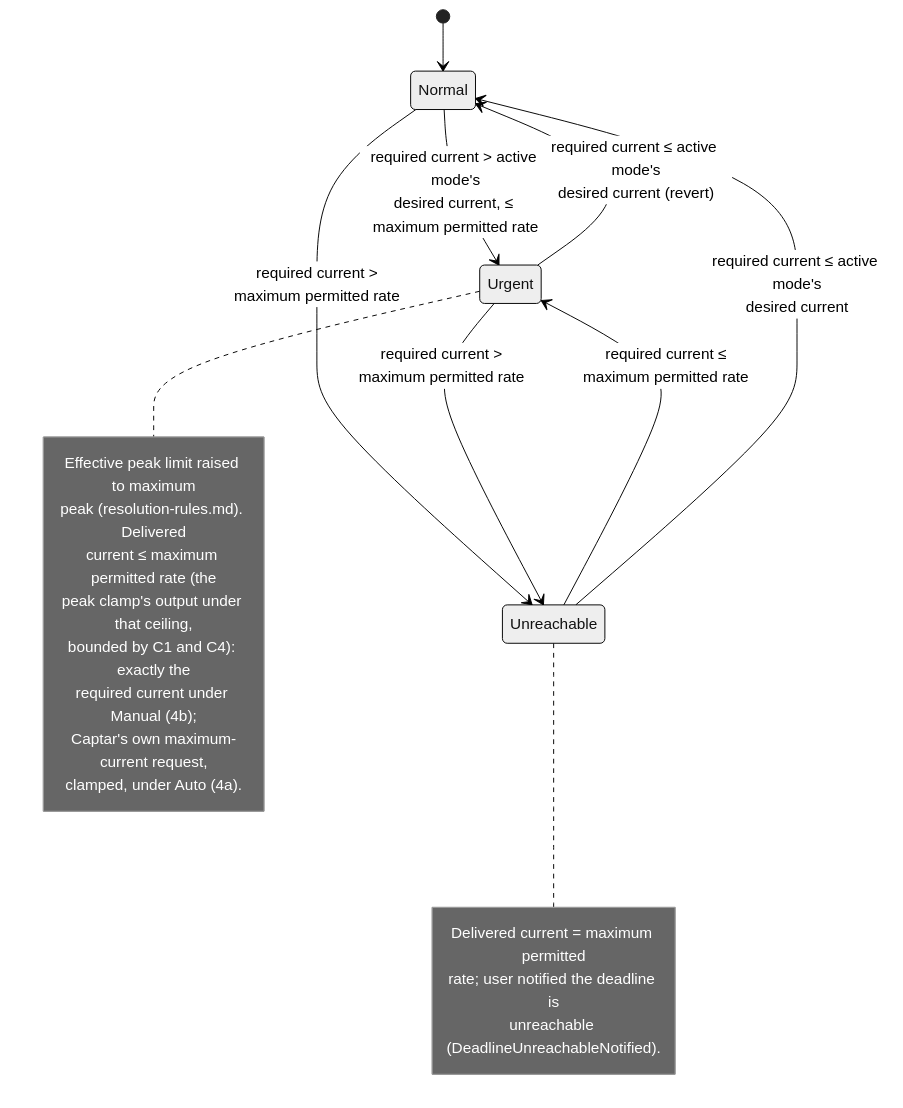
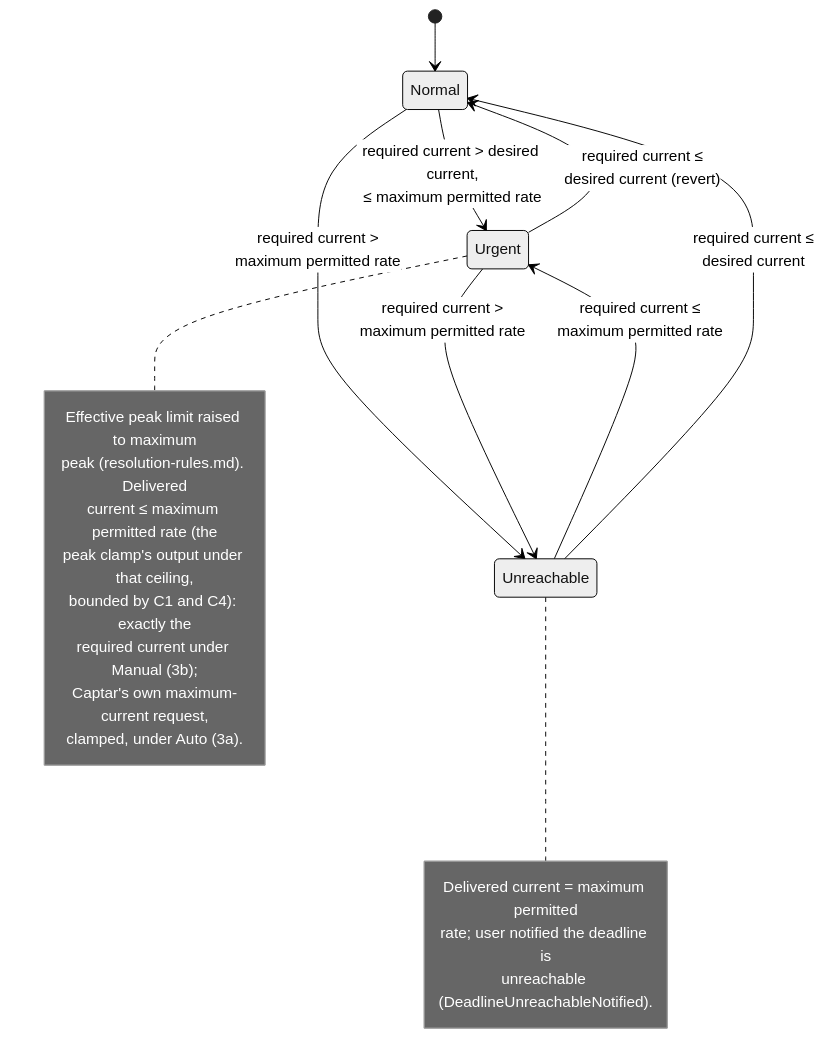
The diagram in docs/analysis/use-cases/UC05-guarantee-ready-by-departure.md (kristofdegrave/homeassistant-smart-charging), drawn with Mermaid (neutral theme) before and after one commit. The commit also changed other lines of this file and 8 other files, not shown here.

````diff
--- a/docs/analysis/use-cases/UC05-guarantee-ready-by-departure.md
+++ b/docs/analysis/use-cases/UC05-guarantee-ready-by-departure.md
@@ -79,25 +79,25 @@
 ```mermaid
 stateDiagram-v2
     [*] --> Normal
-    Normal --> Urgent: required current > active mode's<br/>desired current, ≤ maximum permitted rate
+    Normal --> Urgent: required current > desired current,<br/>≤ maximum permitted rate
     Normal --> Unreachable: required current ><br/>maximum permitted rate
-    Urgent --> Normal: required current ≤ active mode's<br/>desired current (revert)
+    Urgent --> Normal: required current ≤<br/>desired current (revert)
     Urgent --> Unreachable: required current ><br/>maximum permitted rate
     Unreachable --> Urgent: required current ≤<br/>maximum permitted rate
-    Unreachable --> Normal: required current ≤ active mode's<br/>desired current
+    Unreachable --> Normal: required current ≤<br/>desired current
     note right of Urgent
         Effective peak limit raised to maximum
         peak (resolution-rules.md). Delivered
         current ≤ maximum permitted rate (the
         peak clamp's output under that ceiling,
         bounded by C1 and C4): exactly the
-        required current under Manual (4b);
+        required current under Manual (3b);
         Captar's own maximum-current request,
-        clamped, under Auto (4a).
+        clamped, under Auto (3a).
     end note
     note right of Unreachable
         Delivered current = maximum permitted
         rate; user notified the deadline is
         unreachable (DeadlineUnreachableNotified).
     end note
 ```
````
